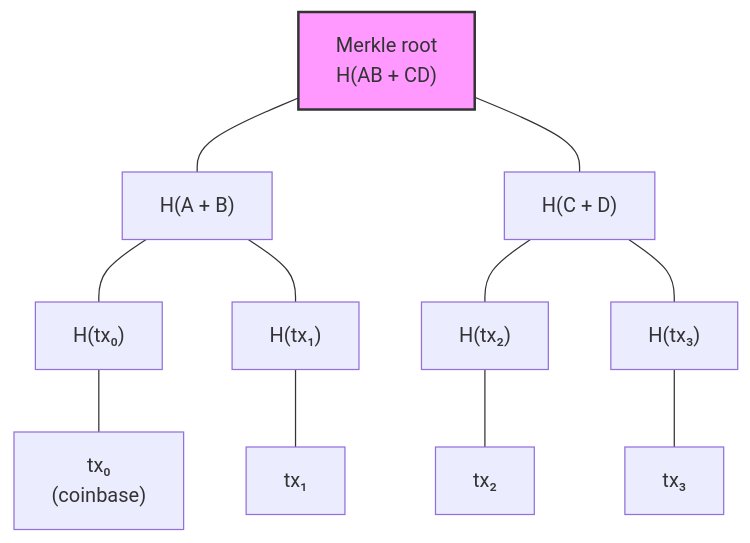
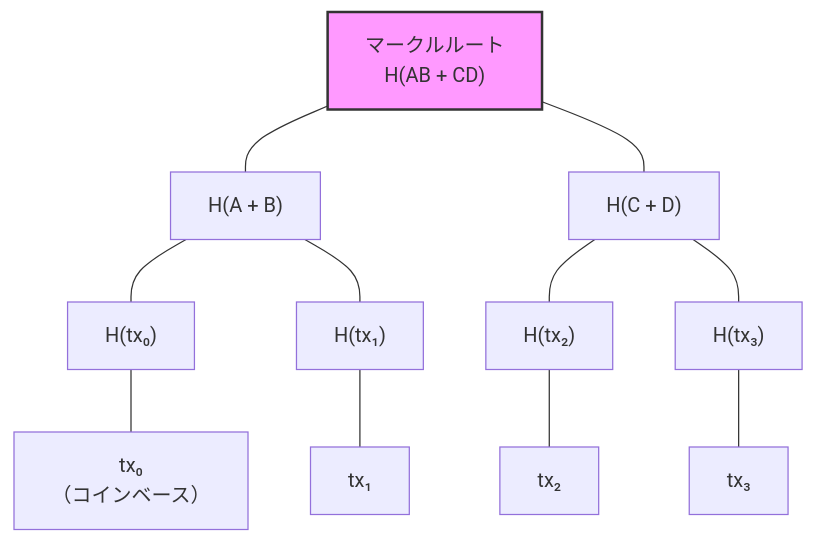
One commit to cypher256/BitcoinArchive changed the second of 4 diagrams in src/data/translations/ja/design/2009-01-03-bitcoin-block-chain-design.md. Above: the diagram before and after it, drawn with Mermaid. The commit also changed other lines of this file and 11 other files, not shown here.

````diff
--- a/src/data/translations/ja/design/2009-01-03-bitcoin-block-chain-design.md
+++ b/src/data/translations/ja/design/2009-01-03-bitcoin-block-chain-design.md
@@ -113,16 +113,16 @@
 ```mermaid
 flowchart TB
-    ROOT["Merkle root\nH(AB + CD)"] --- HAB["H(A + B)"]
+    ROOT["マークルルート\nH(AB + CD)"] --- HAB["H(A + B)"]
     ROOT --- HCD["H(C + D)"]
     HAB --- HA["H(tx₀)"]
     HAB --- HB["H(tx₁)"]
     HCD --- HC["H(tx₂)"]
     HCD --- HD["H(tx₃)"]
 
-    HA --- TX0["tx₀\n(coinbase)"]
+    HA --- TX0["tx₀\n（コインベース）"]
     HB --- TX1["tx₁"]
     HC --- TX2["tx₂"]
     HD --- TX3["tx₃"]
 
     style ROOT fill:#f9f,stroke:#333,stroke-width:2px
 ```
````
